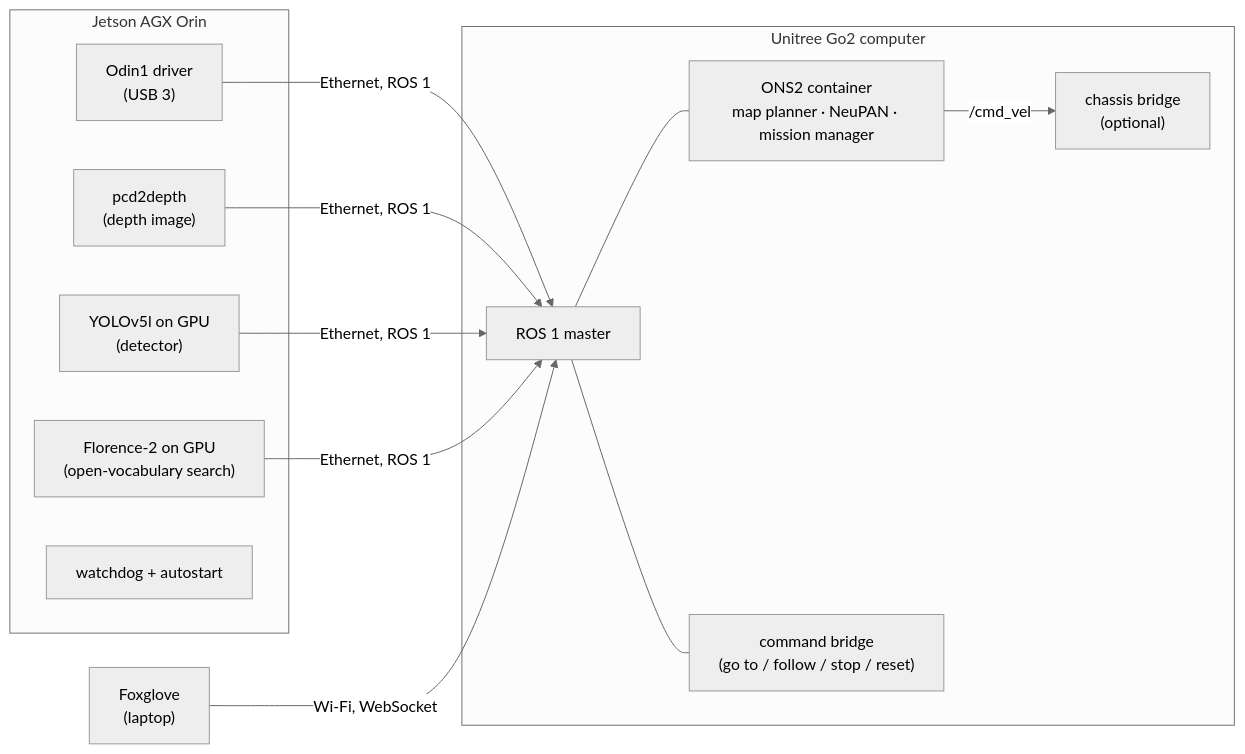
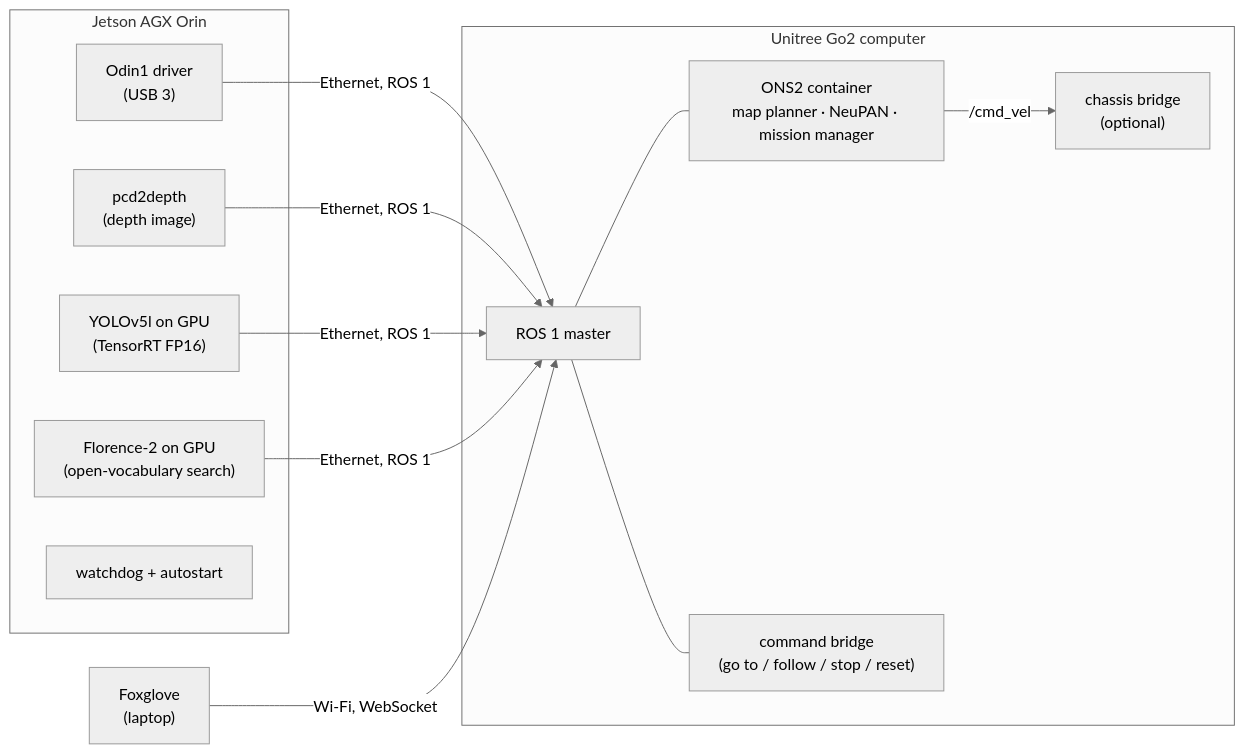
The diagram in go2_agx/README.md (datamentors/Odin-Nav-Stack2), drawn with Mermaid (neutral theme) before and after one commit. The commit also changed other lines of this file and 14 other files, not shown here.

Commit message:
feat(go2_agx): YOLOv5l on TensorRT FP16 with PyTorch fallback; install notes and cleanup

````diff
--- a/go2_agx/README.md
+++ b/go2_agx/README.md
@@ -15,21 +15,21 @@
 ```mermaid
 flowchart LR
   subgraph AGX["Jetson AGX Orin"]
     O1["Odin1 driver<br/>(USB 3)"]
     D["pcd2depth<br/>(depth image)"]
-    Y["YOLOv5l on GPU<br/>(detector)"]
+    Y["YOLOv5l on GPU<br/>(TensorRT FP16)"]
     F["Florence-2 on GPU<br/>(open-vocabulary search)"]
     W["watchdog + autostart"]
   end
   subgraph GO2["Unitree Go2 computer"]
     M["ROS 1 master"]
     N["ONS2 container<br/>map planner · NeuPAN · mission manager"]
     B["command bridge<br/>(go to / follow / stop / reset)"]
     C["chassis bridge<br/>(optional)"]
   end
   FG["Foxglove<br/>(laptop)"]
   O1 & D & Y & F -- "Ethernet, ROS 1" --> M
   M --- N & B
   N -- "/cmd_vel" --> C
   FG -- "Wi-Fi, WebSocket" --> M
 ```
````
